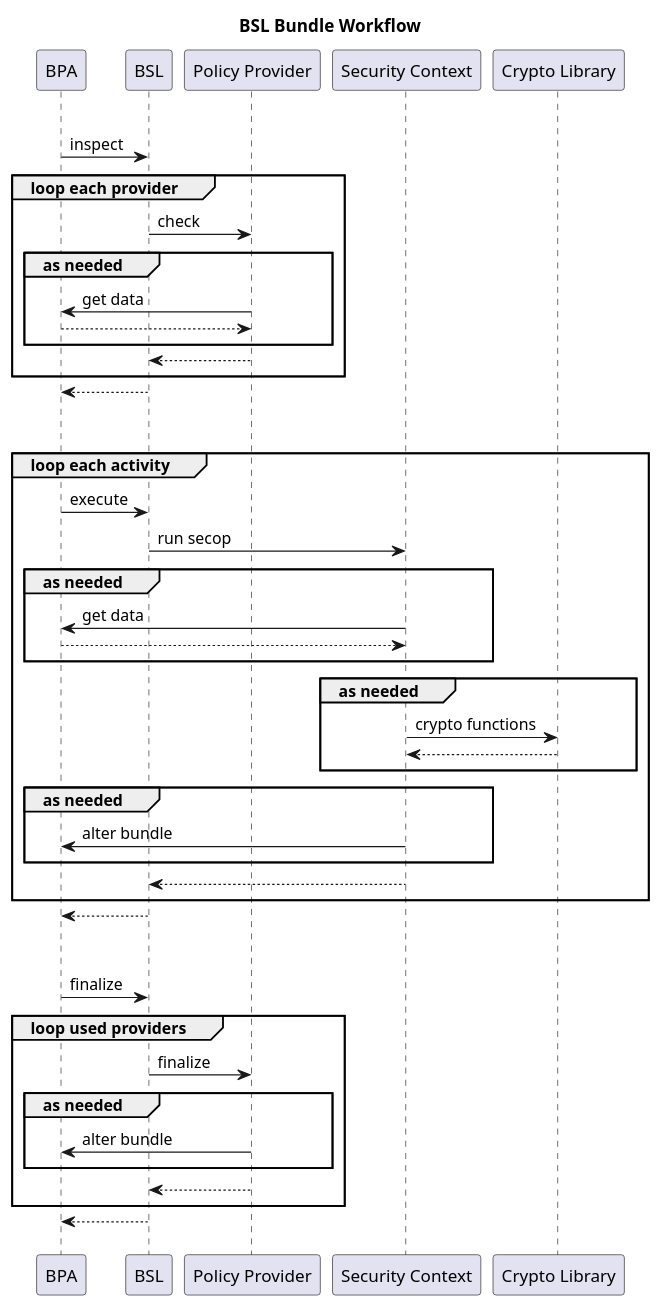
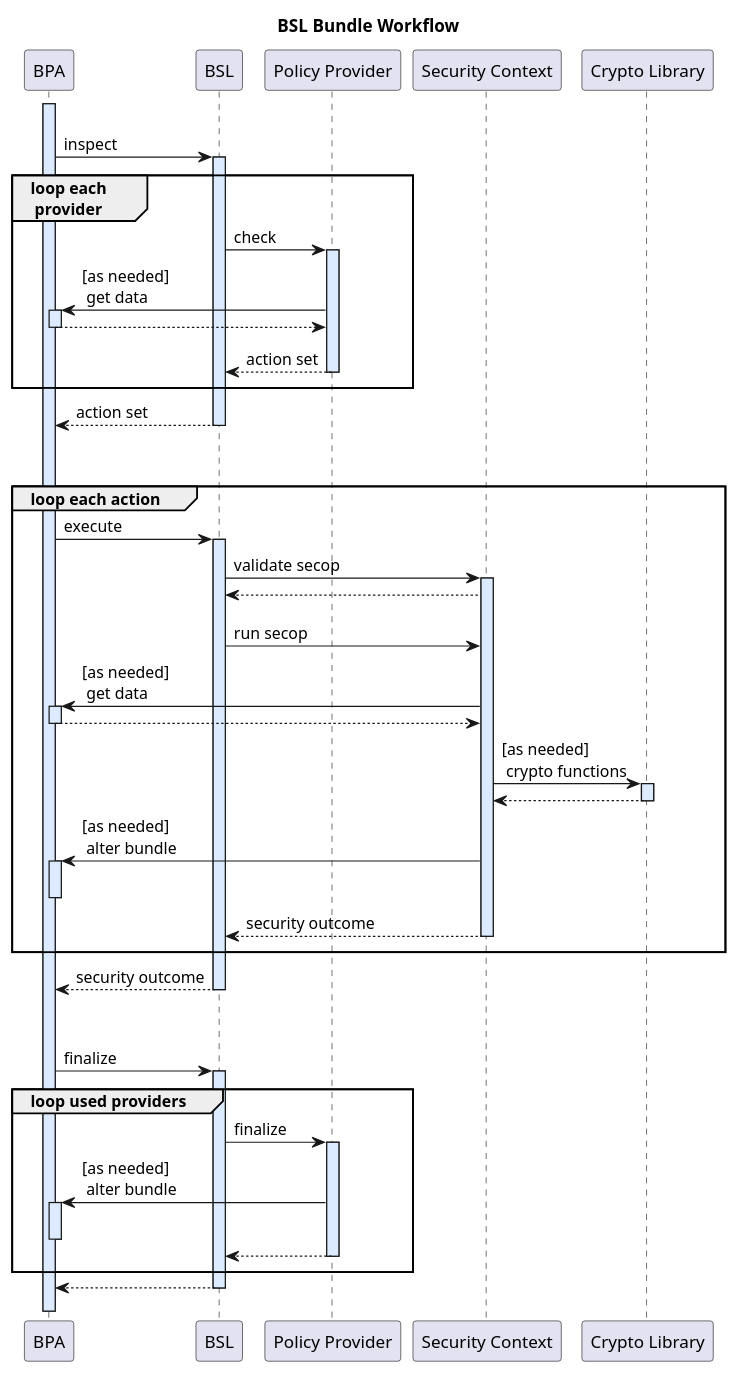
The diagram in user-guide/static/user-guide-bundle-workflow.puml (NASA-AMMOS/BSL-docs), drawn with PlantUML before and after one commit. The commit also changed 1 other file, not shown here.

Commit message:
PlantUML tweaks, final edits before PR
cleaning up

plantuml tweaks

puml tweaks 2

```diff
--- a/user-guide/static/user-guide-bundle-workflow.puml
+++ b/user-guide/static/user-guide-bundle-workflow.puml
@@ -1,76 +1,88 @@
 @startuml
 title BSL Bundle Workflow
 
 participant "BPA" as BPA
 participant "BSL" as BSL
 participant "Policy Provider" as Policy
 participant "Security Context" as Security
 participant "Crypto Library" as Crypto
 
 ||20||
 
+activate BPA #dcebff
 BPA -> BSL : inspect
-group loop each provider
+activate BSL #dcebff
+group loop each \n provider
+    BSL -> Policy : check
+
+    activate Policy #dcebff
+    Policy -> BPA : [as needed] \n get data
+
+    activate BPA #dcebff
+    BPA --> Policy
+    deactivate BPA
+
     ||5||
-    BSL -> Policy : check
-    group as needed
-        ||5||
-        Policy -> BPA : get data
-        BPA --> Policy
-        ||5||
-    end
-    Policy --> BSL
+
+    Policy --> BSL : action set
     ||5||
+    deactivate Policy
 end
-BSL --> BPA
+BSL --> BPA : action set
+deactivate BSL
 
 ||35||
 
-group loop each activity
+group loop each action
+    BPA -> BSL : execute
+    activate BSL #dcebff
+
+    BSL -> Security : validate secop
+    activate Security #dcebff
+    Security --> BSL
+    ||10||
+    BSL -> Security : run secop
+    
+    Security -> BPA : [as needed] \n get data
+    activate BPA #dcebff
+    BPA --> Security
+    deactivate BPA
+
+    Security -> Crypto : [as needed] \n crypto functions
+    activate Crypto #dcebff
+    Crypto --> Security
+    deactivate Crypto
+
+    Security -> BPA : [as needed] \n alter bundle
+    activate BPA #dcebff
+    deactivate BPA
+
+    Security --> BSL : security outcome
     ||5||
-    BPA -> BSL : execute
-    BSL -> Security : run secop
-    group as needed
-        ||5||
-        Security -> BPA : get data
-        BPA --> Security
-        ||5||
-    end
-
-    group as needed
-        ||5||
-        Security -> Crypto : crypto functions
-        Crypto --> Security
-        ||5||
-    end
-    group as needed
-        ||5||
-        Security -> BPA : alter bundle
-        ||5||
-    end
-    ||5||
-    Security --> BSL
-    ||5||
+    deactivate Security
 end
-BSL --> BPA
+BSL --> BPA : security outcome
+deactivate BSL
 
 ||35||
 
 BPA -> BSL : finalize
+activate BSL #dcebff
 group loop used providers
-    ||5||
     BSL -> Policy : finalize
-    group as needed
-        ||5||
-        Policy -> BPA : alter bundle
-        ||5||
-    end
-    ||5||
+    activate Policy #dcebff
+
+    Policy -> BPA : [as needed] \n alter bundle
+    activate BPA #dcebff
+    deactivate BPA
+
     Policy --> BSL
     ||5||
+    deactivate Policy
 end
 BSL --> BPA
+deactivate BSL
 
 ||10||
 
 @enduml
```
